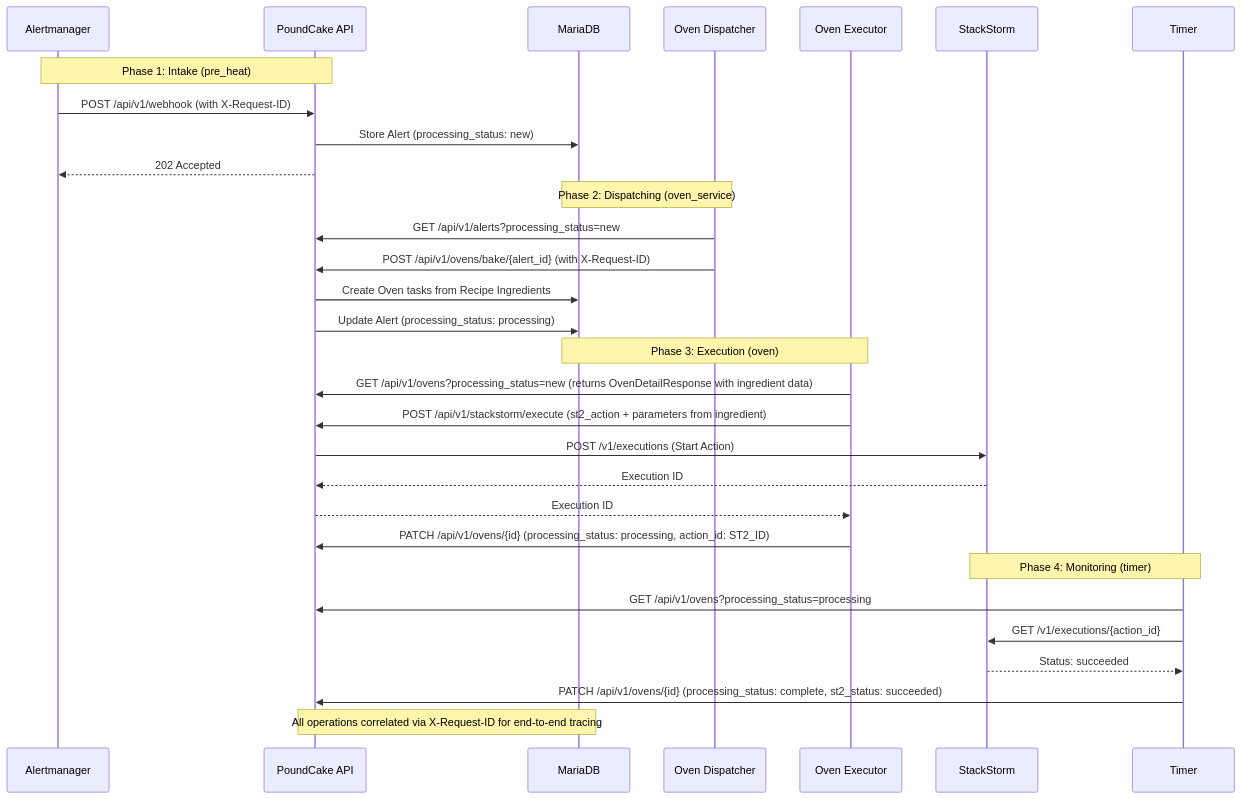
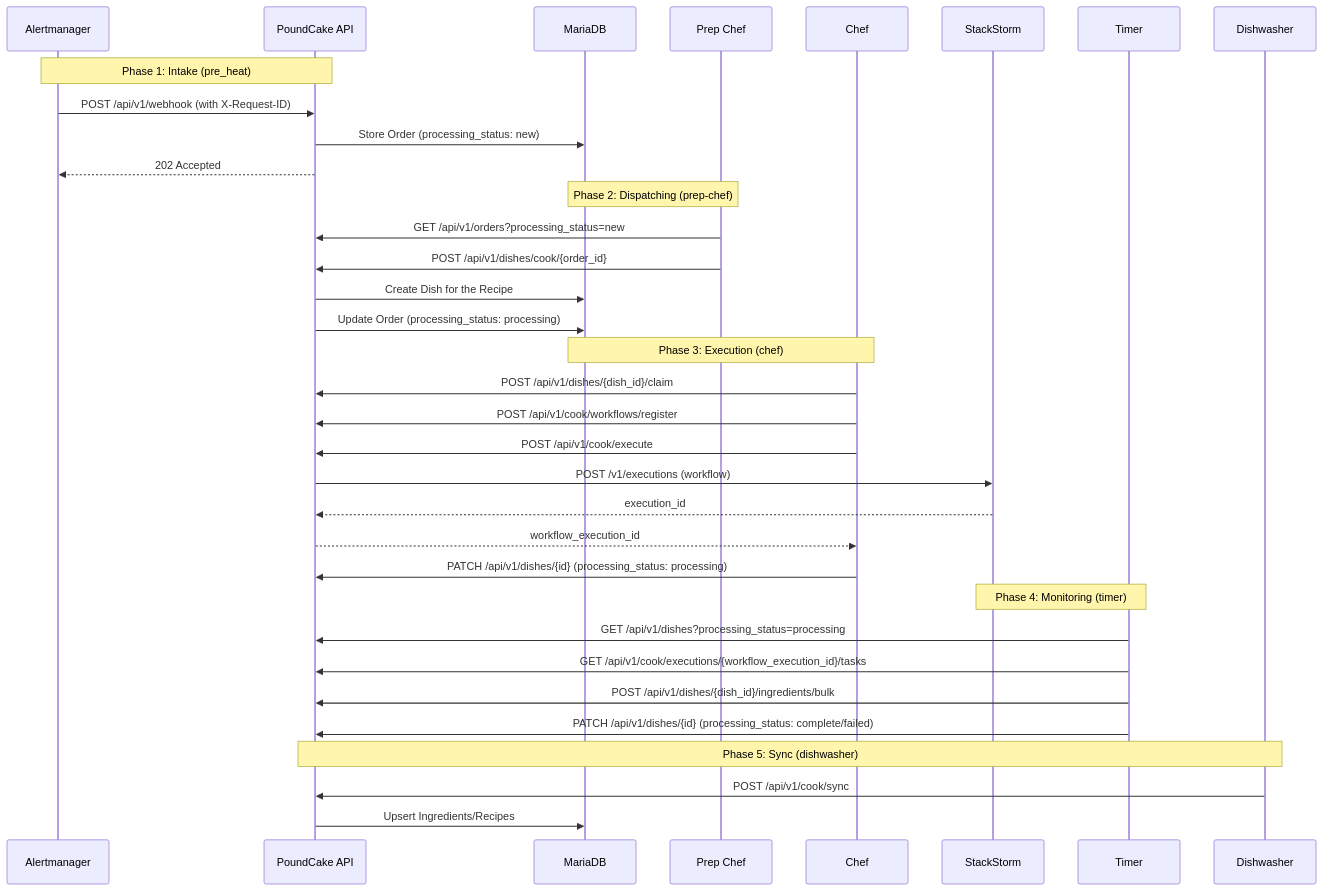
The diagram in README.md (rackerlabs/bakery), drawn with Mermaid before and after one commit. The commit also changed other lines of this file and 30 other files, not shown here.

````diff
--- a/README.md
+++ b/README.md
@@ -11,37 +11,41 @@
 ```mermaid
 sequenceDiagram
     participant AM as Alertmanager
     participant API as PoundCake API
     participant DB as MariaDB
-    participant OD as Oven Dispatcher
-    participant OE as Oven Executor
+    participant PC as Prep Chef
+    participant C as Chef
     participant ST2 as StackStorm
     participant T as Timer
+    participant DW as Dishwasher
 
     Note over AM, API: Phase 1: Intake (pre_heat)
     AM->>API: POST /api/v1/webhook (with X-Request-ID)
-    API->>DB: Store Alert (processing_status: new)
+    API->>DB: Store Order (processing_status: new)
     API-->>AM: 202 Accepted
 
-    Note over DB, OD: Phase 2: Dispatching (oven_service)
-    OD->>API: GET /api/v1/alerts?processing_status=new
-    OD->>API: POST /api/v1/ovens/bake/{alert_id} (with X-Request-ID)
-    API->>DB: Create Oven tasks from Recipe Ingredients
-    API->>DB: Update Alert (processing_status: processing)
+    Note over DB, PC: Phase 2: Dispatching (prep-chef)
+    PC->>API: GET /api/v1/orders?processing_status=new
+    PC->>API: POST /api/v1/dishes/cook/{order_id}
+    API->>DB: Create Dish for the Recipe
+    API->>DB: Update Order (processing_status: processing)
 
-    Note over DB, OE: Phase 3: Execution (oven)
-    OE->>API: GET /api/v1/ovens?processing_status=new (returns OvenDetailResponse with ingredient data)
-    OE->>API: POST /api/v1/stackstorm/execute (st2_action + parameters from ingredient)
-    API->>ST2: POST /v1/executions (Start Action)
-    ST2-->>API: Execution ID
-    API-->>OE: Execution ID
-    OE->>API: PATCH /api/v1/ovens/{id} (processing_status: processing, action_id: ST2_ID)
+    Note over DB, C: Phase 3: Execution (chef)
+    C->>API: POST /api/v1/dishes/{dish_id}/claim
+    C->>API: POST /api/v1/cook/workflows/register
+    C->>API: POST /api/v1/cook/execute
+    API->>ST2: POST /v1/executions (workflow)
+    ST2-->>API: execution_id
+    API-->>C: workflow_execution_id
+    C->>API: PATCH /api/v1/dishes/{id} (processing_status: processing)
 
     Note over ST2, T: Phase 4: Monitoring (timer)
-    T->>API: GET /api/v1/ovens?processing_status=processing
-    T->>ST2: GET /v1/executions/{action_id}
-    ST2-->>T: Status: succeeded
-    T->>API: PATCH /api/v1/ovens/{id} (processing_status: complete, st2_status: succeeded)
+    T->>API: GET /api/v1/dishes?processing_status=processing
+    T->>API: GET /api/v1/cook/executions/{workflow_execution_id}/tasks
+    T->>API: POST /api/v1/dishes/{dish_id}/ingredients/bulk
+    T->>API: PATCH /api/v1/dishes/{id} (processing_status: complete/failed)
 
-    Note over API, DB: All operations correlated via X-Request-ID for end-to-end tracing
+    Note over API, DW: Phase 5: Sync (dishwasher)
+    DW->>API: POST /api/v1/cook/sync
+    API->>DB: Upsert Ingredients/Recipes
 ```
````
